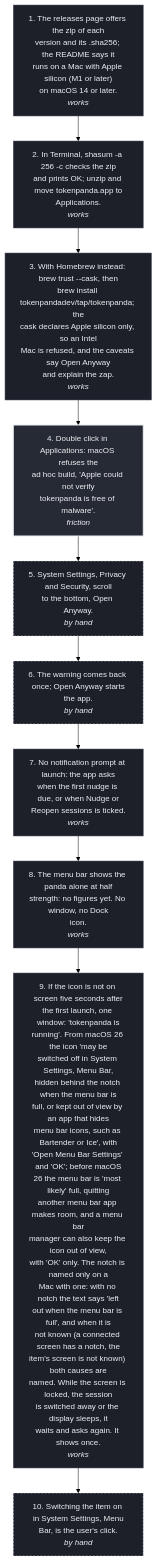
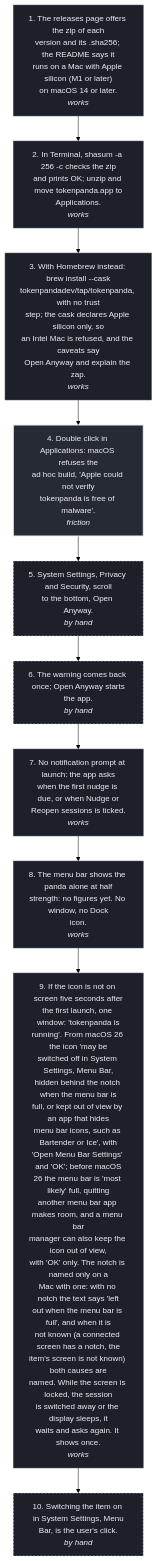
One commit to tokenpandadev/tokenpanda-app changed the diagram in design/wireframes/flows/01-download-and-first-open.mmd. Above: the diagram before and after it, drawn with Mermaid (forest theme). The commit also changed 63 other files, not shown here.

```diff
--- a/design/wireframes/flows/01-download-and-first-open.mmd
+++ b/design/wireframes/flows/01-download-and-first-open.mmd
@@ -1,24 +1,24 @@
 flowchart TD
   classDef works fill:#1d2029,stroke:#555b68,color:#eceef1;
   classDef friction fill:#262a34,stroke:#eceef1,stroke-width:2px,color:#eceef1;
   classDef broken fill:#1d2029,stroke:#d77757,stroke-width:2px,color:#d77757;
   classDef byhand fill:#1d2029,stroke:#eceef1,stroke-width:1px,stroke-dasharray:4 3,color:#eceef1;
   S1["1. The releases page offers the zip of each<br/>version and its .sha256; the README says it<br/>runs on a Mac with Apple silicon (M1 or later)<br/>on macOS 14 or later.<br/><i>works</i>"]:::works
   S2["2. In Terminal, shasum -a 256 -c checks the zip<br/>and prints OK; unzip and move tokenpanda.app to<br/>Applications.<br/><i>works</i>"]:::works
-  S3["3. With Homebrew instead: brew trust --cask, then<br/>brew install tokenpandadev/tap/tokenpanda; the<br/>cask declares Apple silicon only, so an Intel<br/>Mac is refused, and the caveats say Open Anyway<br/>and explain the zap.<br/><i>works</i>"]:::works
+  S3["3. With Homebrew instead: brew install --cask<br/>tokenpandadev/tap/tokenpanda, with no trust<br/>step; the cask declares Apple silicon only, so<br/>an Intel Mac is refused, and the caveats say<br/>Open Anyway and explain the zap.<br/><i>works</i>"]:::works
   S4["4. Double click in Applications: macOS refuses the<br/>ad hoc build, 'Apple could not verify<br/>tokenpanda is free of malware'.<br/><i>friction</i>"]:::friction
   S5["5. System Settings, Privacy and Security, scroll<br/>to the bottom, Open Anyway.<br/><i>by hand</i>"]:::byhand
   S6["6. The warning comes back once; Open Anyway starts<br/>the app.<br/><i>by hand</i>"]:::byhand
   S7["7. No notification prompt at launch: the app asks<br/>when the first nudge is due, or when Nudge or<br/>Reopen sessions is ticked.<br/><i>works</i>"]:::works
   S8["8. The menu bar shows the panda alone at half<br/>strength: no figures yet. No window, no Dock<br/>icon.<br/><i>works</i>"]:::works
   S9["9. If the icon is not on screen five seconds after<br/>the first launch, one window: 'tokenpanda is<br/>running'. From macOS 26 the icon 'may be<br/>switched off in System Settings, Menu Bar,<br/>hidden behind the notch when the menu bar is<br/>full, or kept out of view by an app that hides<br/>menu bar icons, such as Bartender or Ice', with<br/>'Open Menu Bar Settings' and 'OK'; before macOS<br/>26 the menu bar is 'most likely' full, quitting<br/>another menu bar app makes room, and a menu bar<br/>manager can also keep the icon out of view,<br/>with 'OK' only. The notch is named only on a<br/>Mac with one: with no notch the text says 'left<br/>out when the menu bar is full', and when it is<br/>not known (a connected screen has a notch, the<br/>item's screen is not known) both causes are<br/>named. While the screen is locked, the session<br/>is switched away or the display sleeps, it<br/>waits and asks again. It shows once.<br/><i>works</i>"]:::works
   S10["10. Switching the item on in System Settings, Menu<br/>Bar, is the user's click.<br/><i>by hand</i>"]:::byhand
   S1 --> S2
   S2 --> S3
   S3 --> S4
   S4 --> S5
   S5 --> S6
   S6 --> S7
   S7 --> S8
   S8 --> S9
   S9 --> S10
```
